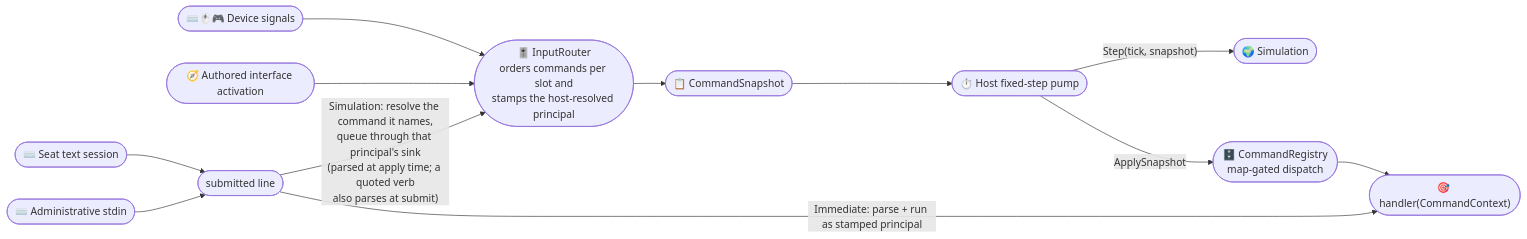
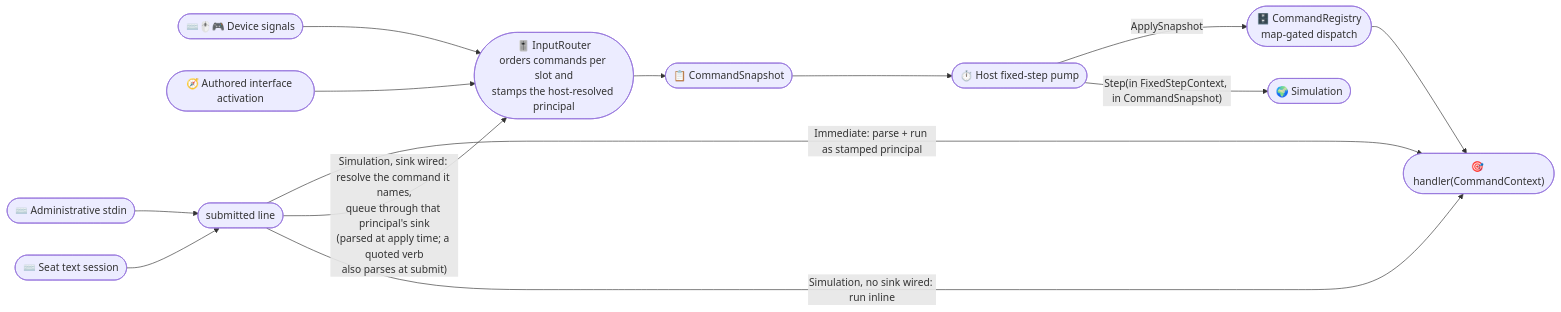
One commit to ByteTerrace/Puck changed the first of 2 diagrams in src/Puck.Commands/README.md. Above: the diagram before and after it, drawn with Mermaid. The commit also changed other lines of this file, not shown here.

````diff
--- a/src/Puck.Commands/README.md
+++ b/src/Puck.Commands/README.md
@@ -96,14 +100,15 @@
 ```mermaid
 graph LR
     Signals(["⌨️🖱️🎮 Device signals"]) --> Router
     Presentation(["🧭 Authored interface activation"]) --> Router
     Console(["⌨️ Administrative stdin"]) --> Submit
     SeatText(["⌨️ Seat text session"]) --> Submit
     Submit(["submitted line"]) -->|"Immediate: parse + run as stamped principal"| Handler
-    Submit -->|"Simulation: resolve the command it names,<br/>queue through that principal's sink<br/>(parsed at apply time; a quoted verb<br/>also parses at submit)"| Router
+    Submit -->|"Simulation, sink wired: resolve the command it names,<br/>queue through that principal's sink<br/>(parsed at apply time; a quoted verb<br/>also parses at submit)"| Router
+    Submit -->|"Simulation, no sink wired: run inline"| Handler
     Router(["🎚️ InputRouter<br/>orders commands per slot and<br/>stamps the host-resolved principal"]) --> Snapshot(["📋 CommandSnapshot"])
     Snapshot --> Pump(["⏱️ Host fixed-step pump"])
     Pump -->|"ApplySnapshot"| Apply(["🗄️ CommandRegistry<br/>map-gated dispatch"])
     Apply --> Handler(["🎯 handler(CommandContext)"])
-    Pump -->|"Step(tick, snapshot)"| Simulation(["🌍 Simulation"])
+    Pump -->|"Step(in FixedStepContext, in CommandSnapshot)"| Simulation(["🌍 Simulation"])
 ```
````
